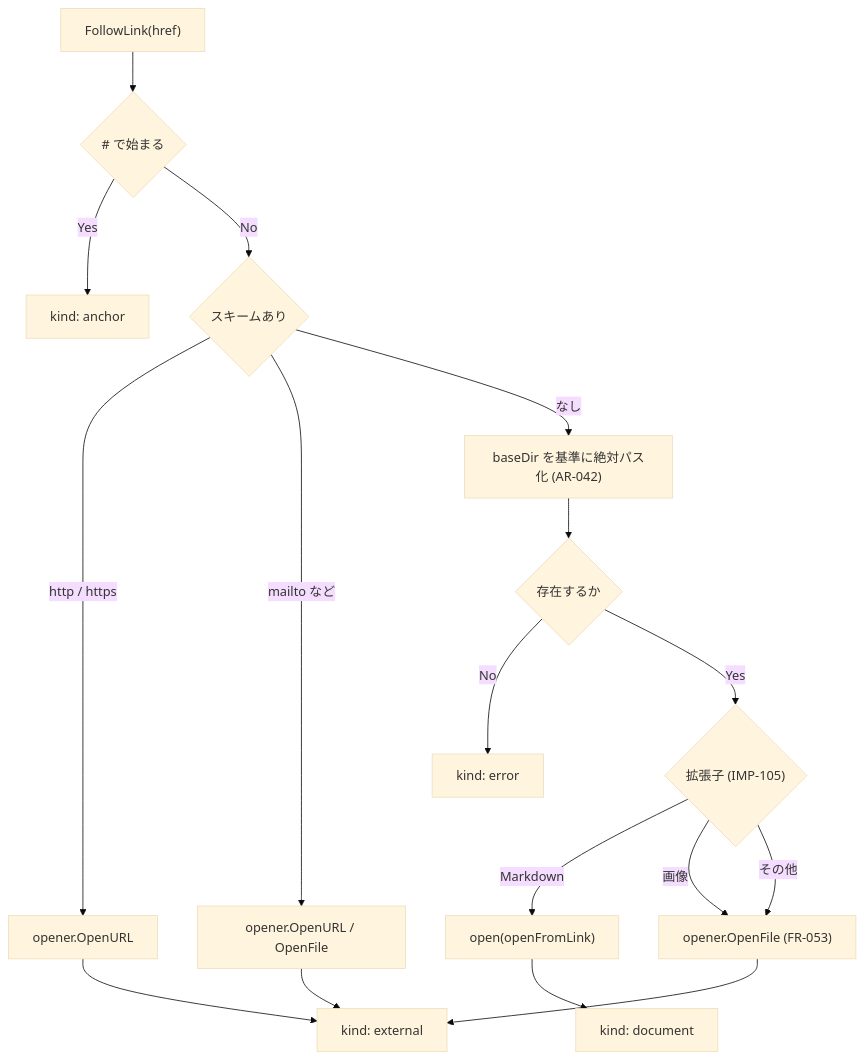
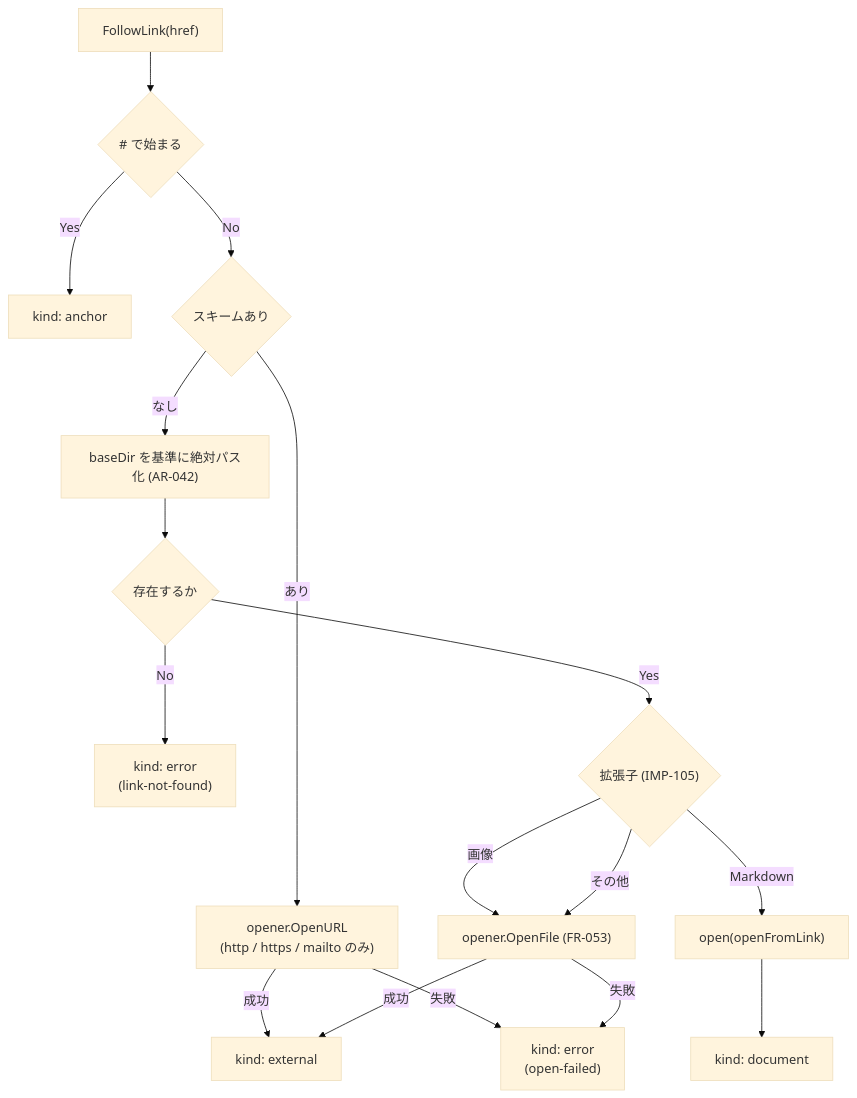
Before and after one commit to kznagamori/go_MarkView: the first of 4 diagrams in docs/specs/13-impl-interface.md, drawn with Mermaid (base theme). The commit also changed other lines of this file and 25 other files, not shown here.

````diff
--- a/docs/specs/13-impl-interface.md
+++ b/docs/specs/13-impl-interface.md
@@ -279,15 +322,18 @@
 ```mermaid
 flowchart TD
     A["FollowLink(href)"] --> B{"# で始まる"}
     B -->|Yes| R1["kind: anchor"]
     B -->|No| C{"スキームあり"}
-    C -->|"http / https"| D["opener.OpenURL"] --> R2["kind: external"]
-    C -->|"mailto など"| E["opener.OpenURL / OpenFile"] --> R2
+    C -->|あり| D["opener.OpenURL<br/>(http / https / mailto のみ)"]
+    D -->|成功| R2["kind: external"]
+    D -->|失敗| R5["kind: error<br/>(open-failed)"]
     C -->|なし| F["baseDir を基準に絶対パス化 (AR-042)"]
     F --> G{"存在するか"}
-    G -->|No| R3["kind: error"]
+    G -->|No| R3["kind: error<br/>(link-not-found)"]
     G -->|Yes| H{"拡張子 (IMP-105)"}
     H -->|Markdown| I["open(openFromLink)"] --> R4["kind: document"]
-    H -->|画像| J["opener.OpenFile (FR-053)"] --> R2
+    H -->|画像| J["opener.OpenFile (FR-053)"]
     H -->|その他| J
+    J -->|成功| R2
+    J -->|失敗| R5
 ```
````
